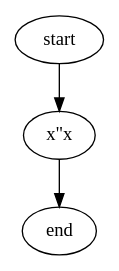
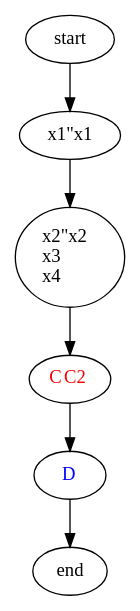
One commit to jindrapetrik/graphs changed the diagram in graphs/escape.gv. Above: the diagram before and after it, drawn with Graphviz. The commit also changed 2 other files, not shown here.

```diff
--- a/graphs/escape.gv
+++ b/graphs/escape.gv
@@ -1,7 +1,11 @@
 digraph {
 start;
-a[label="x\"x"]
-start->a;
-a->end;
+a[label="x1\"x1"]
+b[label="x2\"x2\lx3\lx4\l"]
+c[label=<<FONT color="red">C</FONT><FONT color="red">C2</FONT>>]
+d[label=<<FONT color="blue">D</FONT>>]
+
+start->a->b->c->d;
+d->end;
 end;
 }
```
